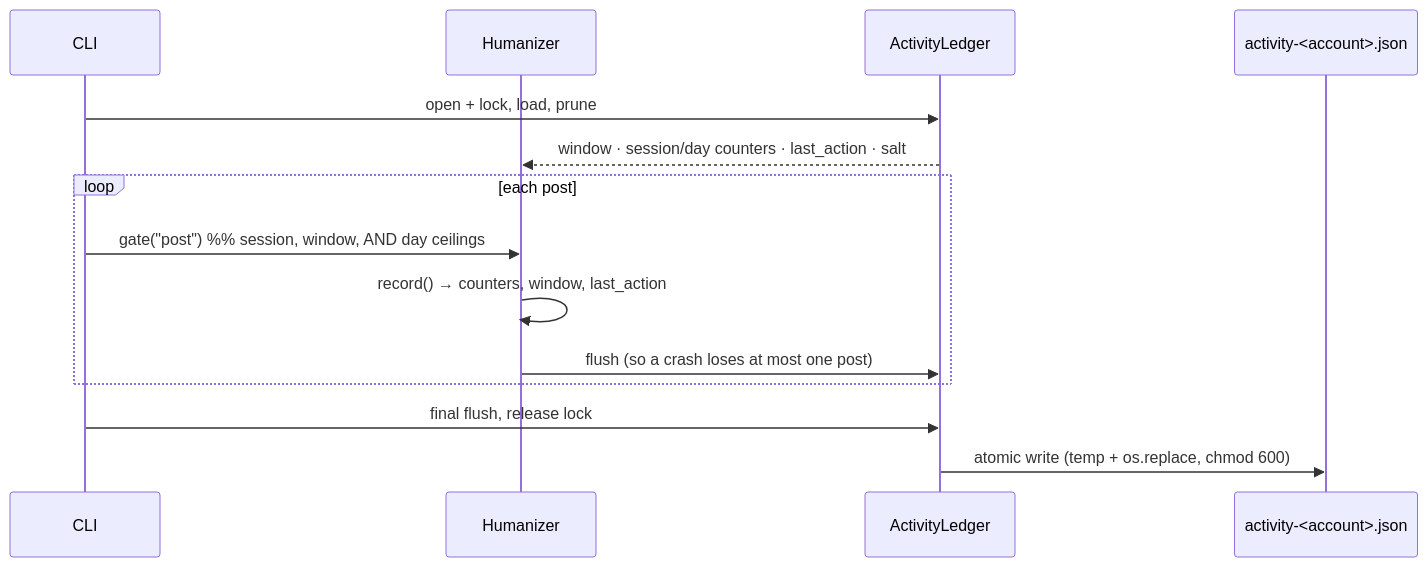
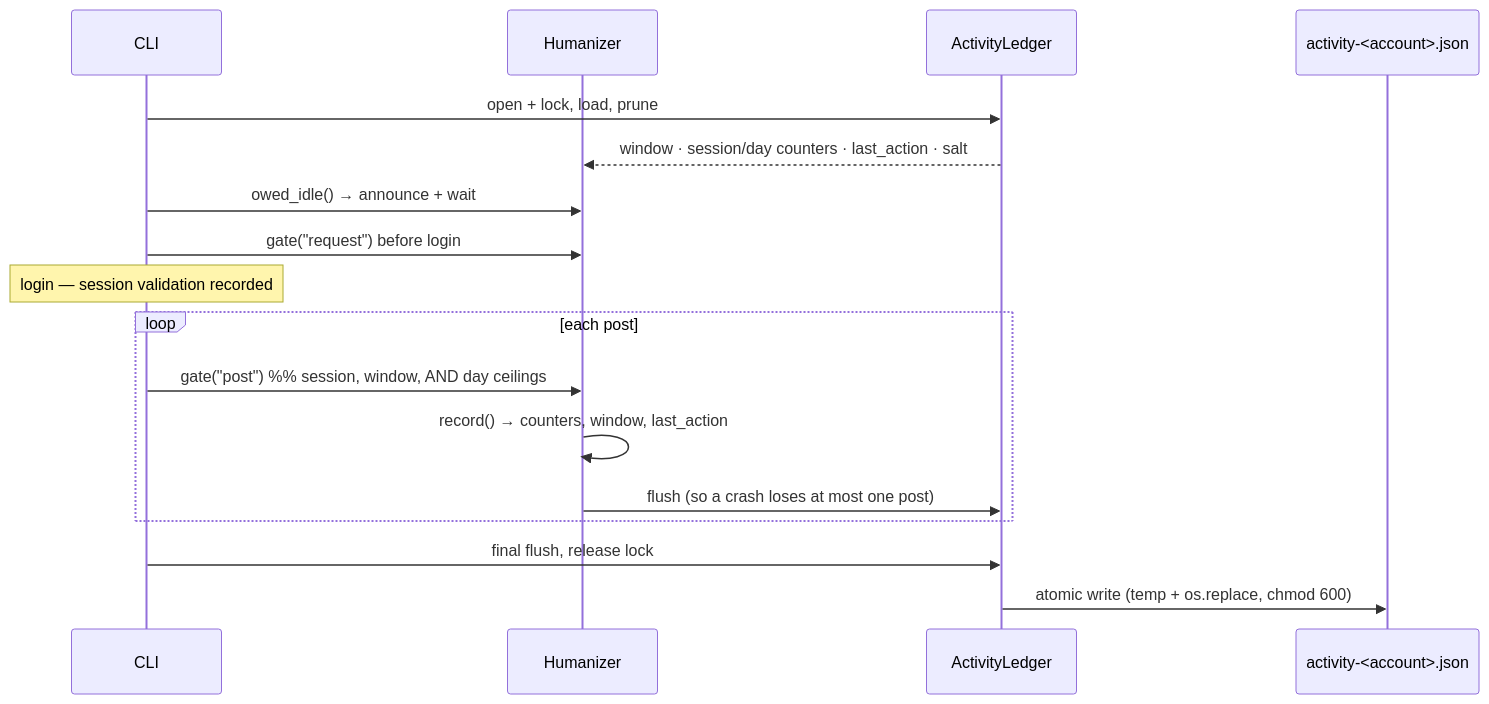
The third of 3 diagrams in specs/changes/cross-session-humanization/domain.md (tillg/instascraper), drawn with Mermaid before and after one commit. The commit also changed other lines of this file and 7 other files, not shown here.

````diff
--- a/specs/changes/cross-session-humanization/domain.md
+++ b/specs/changes/cross-session-humanization/domain.md
@@ -78,16 +92,19 @@
 ```mermaid
 sequenceDiagram
     participant CLI
     participant H as Humanizer
     participant L as ActivityLedger
     participant FS as activity-<account>.json
     CLI->>L: open + lock, load, prune
     L-->>H: window · session/day counters · last_action · salt
+    CLI->>H: owed_idle() → announce + wait
+    CLI->>H: gate("request") before login
+    Note over CLI: login — session validation recorded
     loop each post
         CLI->>H: gate("post")  %% session, window, AND day ceilings
         H->>H: record() → counters, window, last_action
         H->>L: flush (so a crash loses at most one post)
     end
     CLI->>L: final flush, release lock
     L->>FS: atomic write (temp + os.replace, chmod 600)
 ```
````
